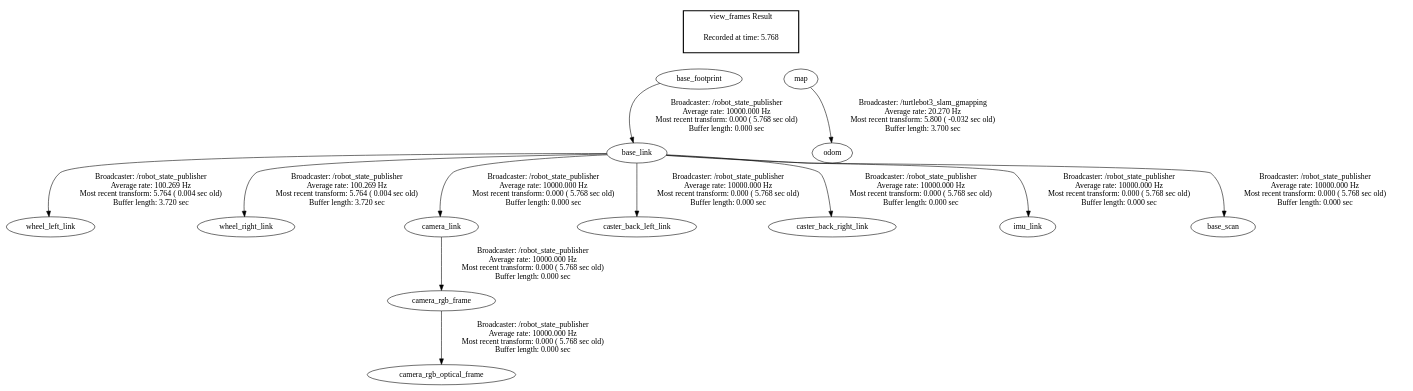
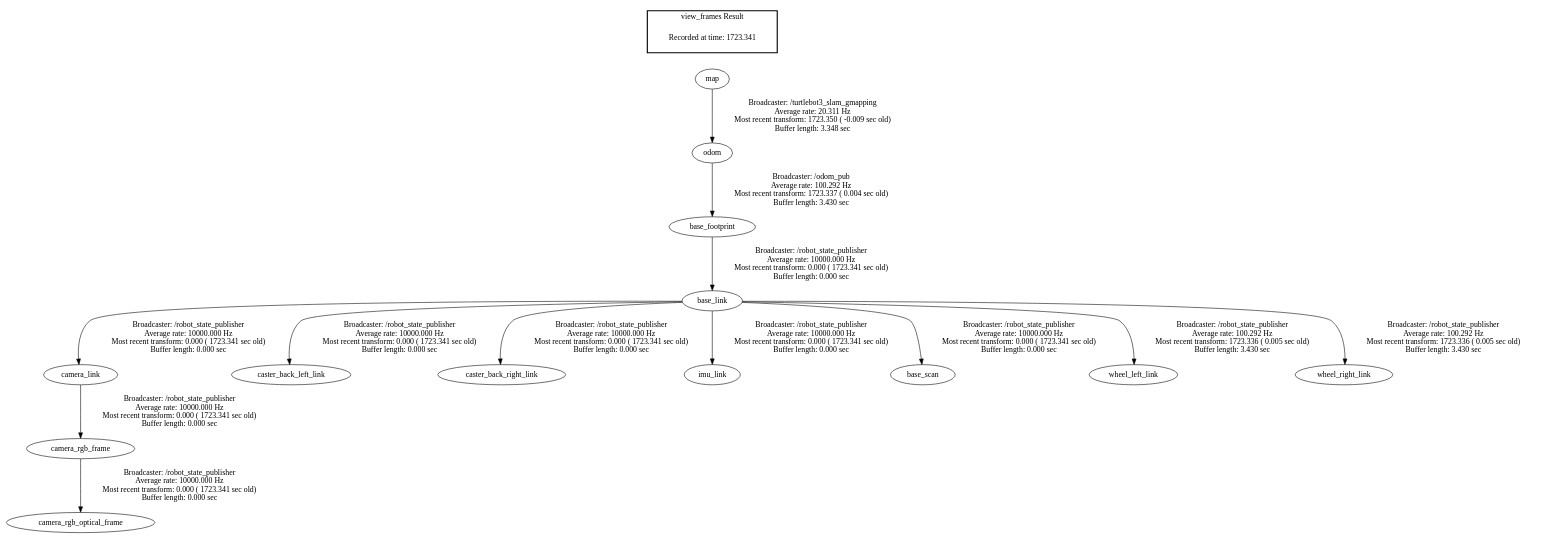
The diagram in frames.gv (hanyiabc/ACSL_turtlebot3), drawn with Graphviz before and after one commit. The commit also changed 8 other files, not shown here.

```diff
--- a/frames.gv
+++ b/frames.gv
@@ -1,21 +1,18 @@
 digraph G {
-"base_link" -> "wheel_left_link"[label="Broadcaster: /robot_state_publisher\nAverage rate: 100.269 Hz\nMost recent transform: 5.764 ( 0.004 sec old)\nBuffer length: 3.720 sec\n"];
-"base_footprint" -> "base_link"[label="Broadcaster: /robot_state_publisher\nAverage rate: 10000.000 Hz\nMost recent transform: 0.000 ( 5.768 sec old)\nBuffer length: 0.000 sec\n"];
-"base_link" -> "wheel_right_link"[label="Broadcaster: /robot_state_publisher\nAverage rate: 100.269 Hz\nMost recent transform: 5.764 ( 0.004 sec old)\nBuffer length: 3.720 sec\n"];
-"base_link" -> "camera_link"[label="Broadcaster: /robot_state_publisher\nAverage rate: 10000.000 Hz\nMost recent transform: 0.000 ( 5.768 sec old)\nBuffer length: 0.000 sec\n"];
-"camera_link" -> "camera_rgb_frame"[label="Broadcaster: /robot_state_publisher\nAverage rate: 10000.000 Hz\nMost recent transform: 0.000 ( 5.768 sec old)\nBuffer length: 0.000 sec\n"];
-"camera_rgb_frame" -> "camera_rgb_optical_frame"[label="Broadcaster: /robot_state_publisher\nAverage rate: 10000.000 Hz\nMost recent transform: 0.000 ( 5.768 sec old)\nBuffer length: 0.000 sec\n"];
-"base_link" -> "caster_back_left_link"[label="Broadcaster: /robot_state_publisher\nAverage rate: 10000.000 Hz\nMost recent transform: 0.000 ( 5.768 sec old)\nBuffer length: 0.000 sec\n"];
-"base_link" -> "caster_back_right_link"[label="Broadcaster: /robot_state_publisher\nAverage rate: 10000.000 Hz\nMost recent transform: 0.000 ( 5.768 sec old)\nBuffer length: 0.000 sec\n"];
-"base_link" -> "imu_link"[label="Broadcaster: /robot_state_publisher\nAverage rate: 10000.000 Hz\nMost recent transform: 0.000 ( 5.768 sec old)\nBuffer length: 0.000 sec\n"];
-"base_link" -> "base_scan"[label="Broadcaster: /robot_state_publisher\nAverage rate: 10000.000 Hz\nMost recent transform: 0.000 ( 5.768 sec old)\nBuffer length: 0.000 sec\n"];
-"map" -> "odom"[label="Broadcaster: /turtlebot3_slam_gmapping\nAverage rate: 20.270 Hz\nMost recent transform: 5.800 ( -0.032 sec old)\nBuffer length: 3.700 sec\n"];
+"base_footprint" -> "base_link"[label="Broadcaster: /robot_state_publisher\nAverage rate: 10000.000 Hz\nMost recent transform: 0.000 ( 1723.341 sec old)\nBuffer length: 0.000 sec\n"];
+"odom" -> "base_footprint"[label="Broadcaster: /odom_pub\nAverage rate: 100.292 Hz\nMost recent transform: 1723.337 ( 0.004 sec old)\nBuffer length: 3.430 sec\n"];
+"base_link" -> "camera_link"[label="Broadcaster: /robot_state_publisher\nAverage rate: 10000.000 Hz\nMost recent transform: 0.000 ( 1723.341 sec old)\nBuffer length: 0.000 sec\n"];
+"camera_link" -> "camera_rgb_frame"[label="Broadcaster: /robot_state_publisher\nAverage rate: 10000.000 Hz\nMost recent transform: 0.000 ( 1723.341 sec old)\nBuffer length: 0.000 sec\n"];
+"camera_rgb_frame" -> "camera_rgb_optical_frame"[label="Broadcaster: /robot_state_publisher\nAverage rate: 10000.000 Hz\nMost recent transform: 0.000 ( 1723.341 sec old)\nBuffer length: 0.000 sec\n"];
+"base_link" -> "caster_back_left_link"[label="Broadcaster: /robot_state_publisher\nAverage rate: 10000.000 Hz\nMost recent transform: 0.000 ( 1723.341 sec old)\nBuffer length: 0.000 sec\n"];
+"base_link" -> "caster_back_right_link"[label="Broadcaster: /robot_state_publisher\nAverage rate: 10000.000 Hz\nMost recent transform: 0.000 ( 1723.341 sec old)\nBuffer length: 0.000 sec\n"];
+"base_link" -> "imu_link"[label="Broadcaster: /robot_state_publisher\nAverage rate: 10000.000 Hz\nMost recent transform: 0.000 ( 1723.341 sec old)\nBuffer length: 0.000 sec\n"];
+"base_link" -> "base_scan"[label="Broadcaster: /robot_state_publisher\nAverage rate: 10000.000 Hz\nMost recent transform: 0.000 ( 1723.341 sec old)\nBuffer length: 0.000 sec\n"];
+"map" -> "odom"[label="Broadcaster: /turtlebot3_slam_gmapping\nAverage rate: 20.311 Hz\nMost recent transform: 1723.350 ( -0.009 sec old)\nBuffer length: 3.348 sec\n"];
+"base_link" -> "wheel_left_link"[label="Broadcaster: /robot_state_publisher\nAverage rate: 100.292 Hz\nMost recent transform: 1723.336 ( 0.005 sec old)\nBuffer length: 3.430 sec\n"];
+"base_link" -> "wheel_right_link"[label="Broadcaster: /robot_state_publisher\nAverage rate: 100.292 Hz\nMost recent transform: 1723.336 ( 0.005 sec old)\nBuffer length: 3.430 sec\n"];
 edge [style=invis];
  subgraph cluster_legend { style=bold; color=black; label ="view_frames Result";
-"Recorded at time: 5.768"[ shape=plaintext ] ;
- }->"base_footprint";
-edge [style=invis];
- subgraph cluster_legend { style=bold; color=black; label ="view_frames Result";
-"Recorded at time: 5.768"[ shape=plaintext ] ;
+"Recorded at time: 1723.341"[ shape=plaintext ] ;
  }->"map";
 }
```
